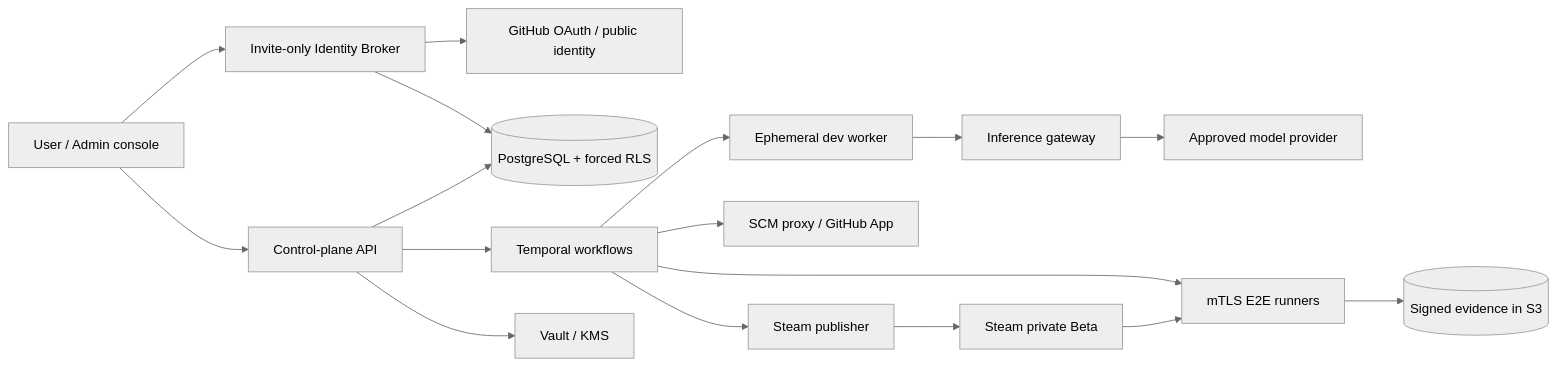
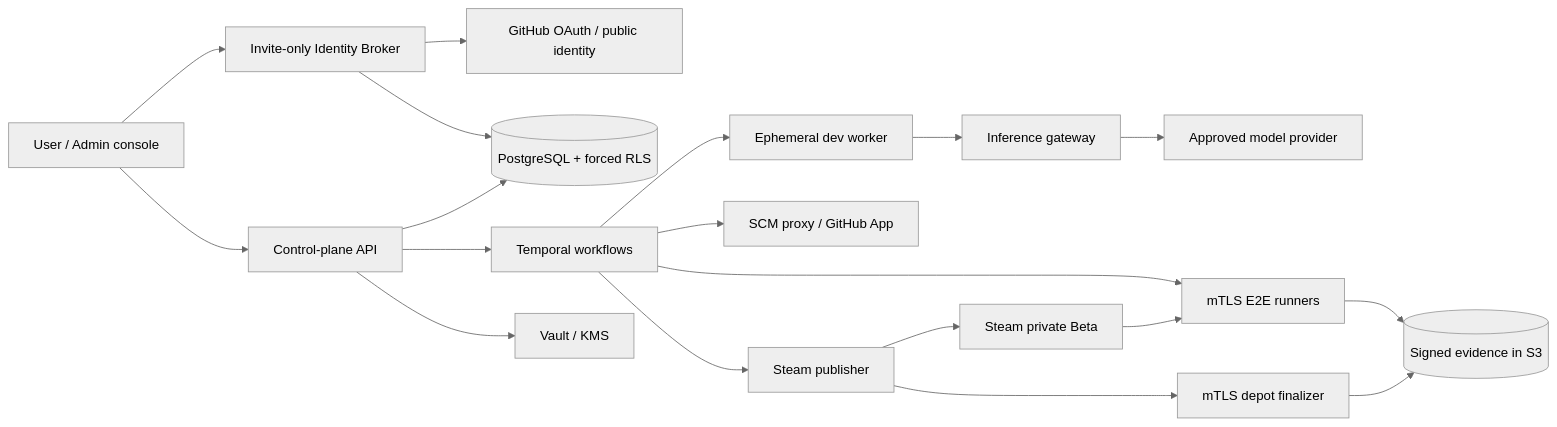
One commit to asssaver97/DeviLudo changed the diagram in docs/architecture.md. Above: the diagram before and after it, drawn with Mermaid (neutral theme). The commit also changed other lines of this file and 25 other files, not shown here.

````diff
--- a/docs/architecture.md
+++ b/docs/architecture.md
@@ -32,19 +36,21 @@
 ```mermaid
 flowchart LR
   UI["User / Admin console"] --> API["Control-plane API"]
   UI --> ID["Invite-only Identity Broker"]
   ID --> GH["GitHub OAuth / public identity"]
   ID --> PG
   API --> PG[("PostgreSQL + forced RLS")]
   API --> T["Temporal workflows"]
   API --> V["Vault / KMS"]
   T --> D["Ephemeral dev worker"]
   D --> G["Inference gateway"]
   G --> P["Approved model provider"]
   T --> S["SCM proxy / GitHub App"]
   T --> R["mTLS E2E runners"]
   R --> O[("Signed evidence in S3")]
   T --> SP["Steam publisher"]
+  SP --> DF["mTLS depot finalizer"]
+  DF --> O
   SP --> ST["Steam private Beta"]
   ST --> R
 ```
````
